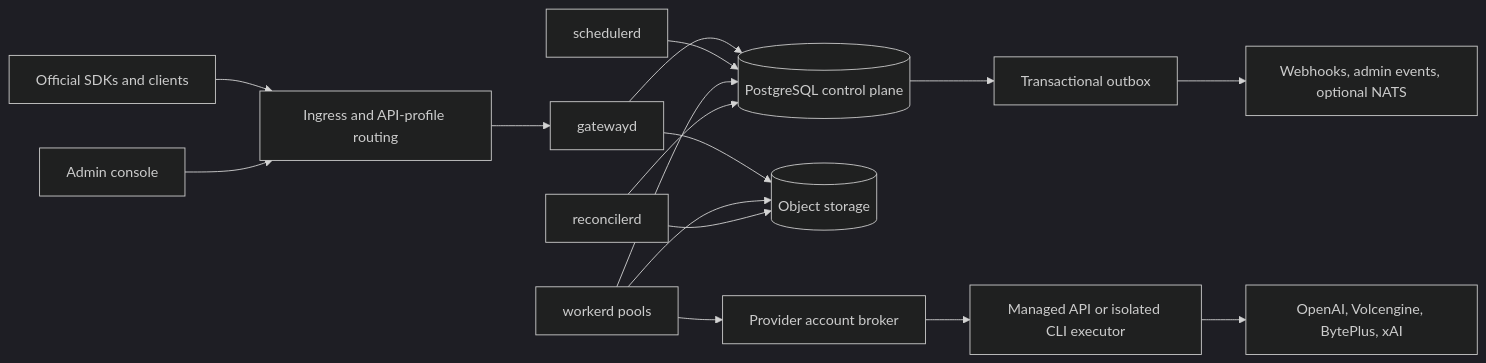
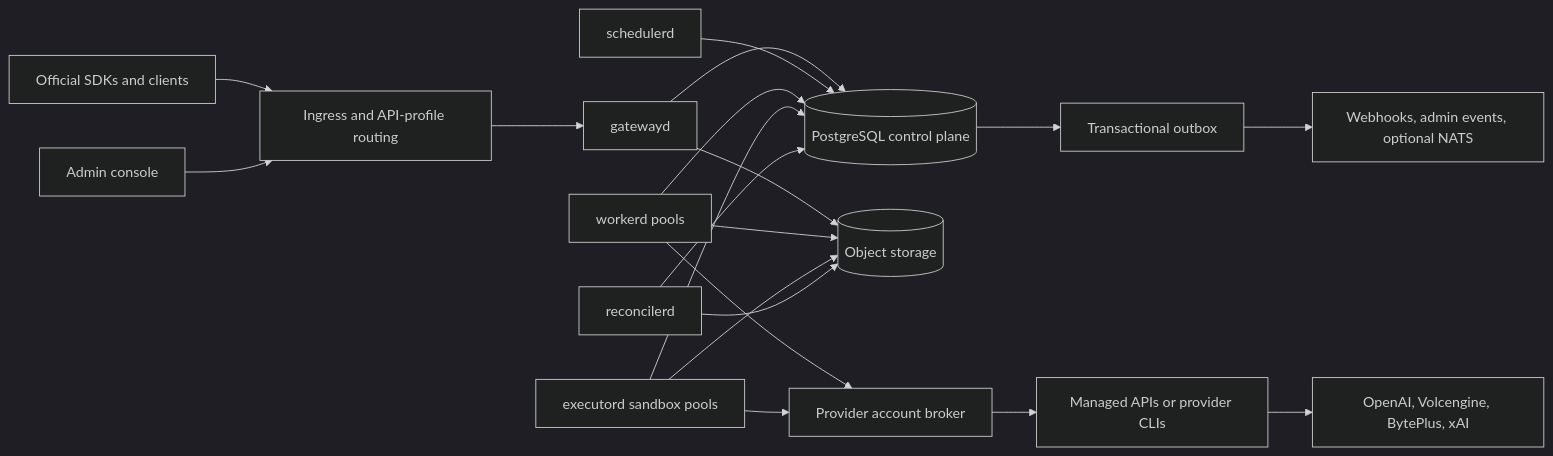
Before and after one commit to B1gM8c/ai-image-factory: the first of 3 diagrams in docs/architecture/2026-ai-image-factory-target-architecture.md, drawn with Mermaid (dark theme). The commit also changed other lines of this file and 21 other files, not shown here.

````diff
--- a/docs/architecture/2026-ai-image-factory-target-architecture.md
+++ b/docs/architecture/2026-ai-image-factory-target-architecture.md
@@ -200,18 +207,21 @@
 ```mermaid
 flowchart LR
     C["Official SDKs and clients"] --> I["Ingress and API-profile routing"]
     A["Admin console"] --> I
     I --> G["gatewayd"]
     G --> P[("PostgreSQL control plane")]
     G --> O[("Object storage")]
     S["schedulerd"] --> P
     W["workerd pools"] --> P
     W --> O
     W --> B["Provider account broker"]
-    B --> E["Managed API or isolated CLI executor"]
-    E --> U["OpenAI, Volcengine, BytePlus, xAI"]
+    E["executord sandbox pools"] --> P
+    E --> O
+    E --> B
+    B --> U["Managed APIs or provider CLIs"]
+    U --> V["OpenAI, Volcengine, BytePlus, xAI"]
     R["reconcilerd"] --> P
     R --> O
     P --> X["Transactional outbox"]
     X --> H["Webhooks, admin events, optional NATS"]
 ```
````
